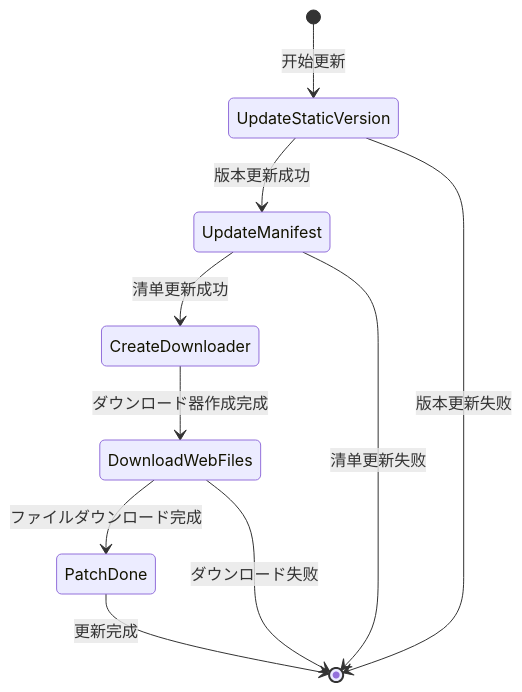
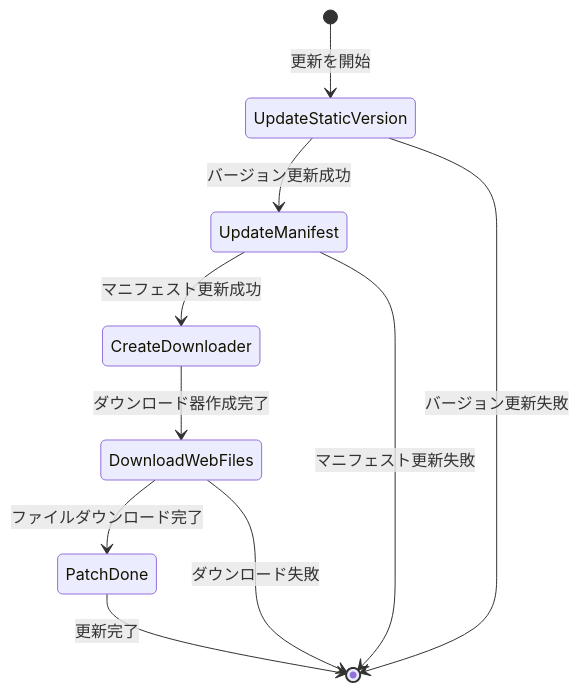
One commit to AlianBlank/GameFrameX.Docs changed the second of 2 diagrams in docs/ja/client/unity/component/asset/13.update-events.md. Above: the diagram before and after it, drawn with Mermaid. The commit also changed other lines of this file and 320 other files, not shown here.

````diff
--- a/docs/ja/client/unity/component/asset/13.update-events.md
+++ b/docs/ja/client/unity/component/asset/13.update-events.md
@@ -72,13 +72,13 @@
 ```mermaid
 stateDiagram-v2
-    [*] --> UpdateStaticVersion: 开始更新
-    UpdateStaticVersion --> UpdateManifest: 版本更新成功
-    UpdateManifest --> CreateDownloader: 清单更新成功
-    CreateDownloader --> DownloadWebFiles: ダウンロード器作成完成
-    DownloadWebFiles --> PatchDone: ファイルダウンロード完成
-    PatchDone --> [*]: 更新完成
-    
-    UpdateStaticVersion --> [*]: 版本更新失败
-    UpdateManifest --> [*]: 清单更新失败
-    DownloadWebFiles --> [*]: ダウンロード失败
+    [*] --> UpdateStaticVersion: 更新を開始
+    UpdateStaticVersion --> UpdateManifest: バージョン更新成功
+    UpdateManifest --> CreateDownloader: マニフェスト更新成功
+    CreateDownloader --> DownloadWebFiles: ダウンロード器作成完了
+    DownloadWebFiles --> PatchDone: ファイルダウンロード完了
+    PatchDone --> [*]: 更新完了
+
+    UpdateStaticVersion --> [*]: バージョン更新失敗
+    UpdateManifest --> [*]: マニフェスト更新失敗
+    DownloadWebFiles --> [*]: ダウンロード失敗
 ```
````
